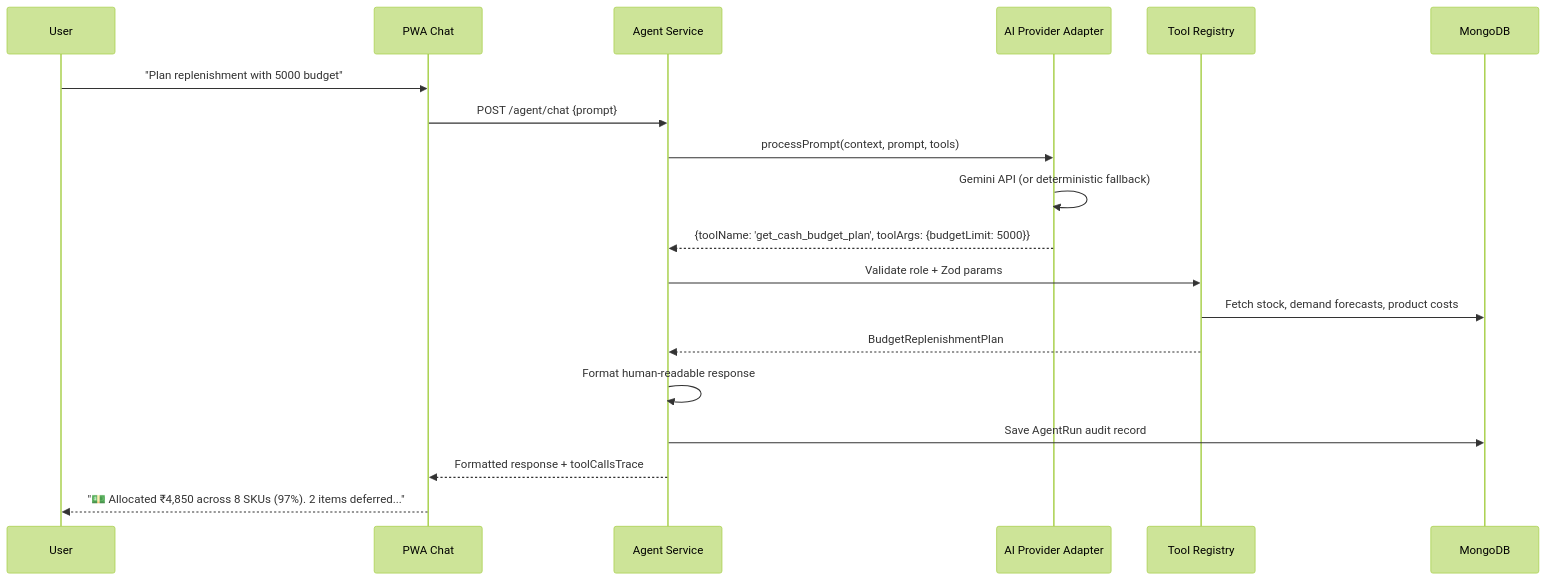
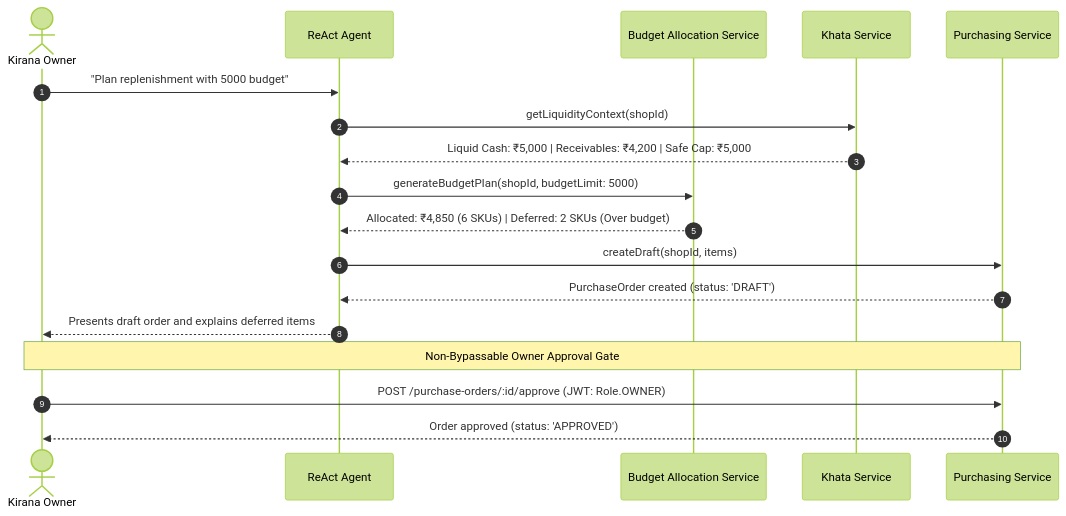
Before and after one commit to rajat552/KiranaSaathi-AI: the sixth of 8 diagrams in README.md, drawn with Mermaid (forest theme). The commit also changed other lines of this file, not shown here.

Commit message:
docs: comprehensive engineering audit, factual feature matrix, and architectural documentation for Tech4Bharat 2026

````diff
--- a/README.md
+++ b/README.md
@@ -544,22 +369,21 @@
 ```mermaid
 sequenceDiagram
-    participant User
-    participant UI as PWA Chat
-    participant Agent as Agent Service
-    participant Provider as AI Provider Adapter
-    participant Tool as Tool Registry
-    participant DB as MongoDB
+    autonumber
+    actor Owner as Kirana Owner
+    participant Agent as ReAct Agent
+    participant Budget as Budget Allocation Service
+    participant Khata as Khata Service
+    participant PO as Purchasing Service
 
-    User->>UI: "Plan replenishment with 5000 budget"
-    UI->>Agent: POST /agent/chat {prompt}
-    Agent->>Provider: processPrompt(context, prompt, tools)
-    Provider->>Provider: Gemini API (or deterministic fallback)
-    Provider-->>Agent: {toolName: 'get_cash_budget_plan', toolArgs: {budgetLimit: 5000}}
-    Agent->>Tool: Validate role + Zod params
-    Tool->>DB: Fetch stock, demand forecasts, product costs
-    Tool-->>Agent: BudgetReplenishmentPlan
-    Agent->>Agent: Format human-readable response
-    Agent->>DB: Save AgentRun audit record
-    Agent-->>UI: Formatted response + toolCallsTrace
-    UI-->>User: "💵 Allocated ₹4,850 across 8 SKUs (97%). 2 items deferred..."
+    Owner->>Agent: "Plan replenishment with 5000 budget"
+    Agent->>Khata: getLiquidityContext(shopId)
+    Khata-->>Agent: Liquid Cash: ₹5,000 | Receivables: ₹4,200 | Safe Cap: ₹5,000
+    Agent->>Budget: generateBudgetPlan(shopId, budgetLimit: 5000)
+    Budget-->>Agent: Allocated: ₹4,850 (6 SKUs) | Deferred: 2 SKUs (Over budget)
+    Agent->>PO: createDraft(shopId, items)
+    PO-->>Agent: PurchaseOrder created (status: 'DRAFT')
+    Agent-->>Owner: Presents draft order and explains deferred items
+    Note over Owner,PO: Non-Bypassable Owner Approval Gate
+    Owner->>PO: POST /purchase-orders/:id/approve (JWT: Role.OWNER)
+    PO-->>Owner: Order approved (status: 'APPROVED')
 ```
````
